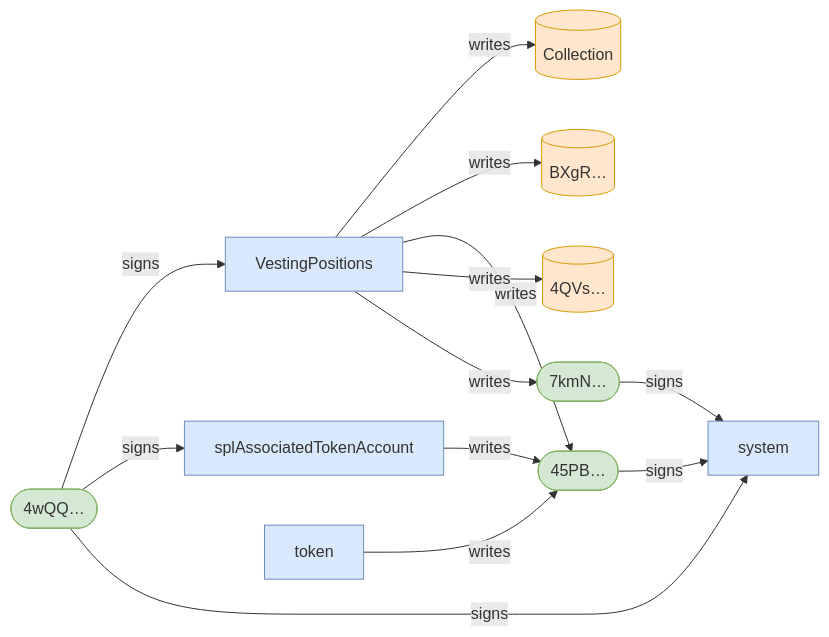
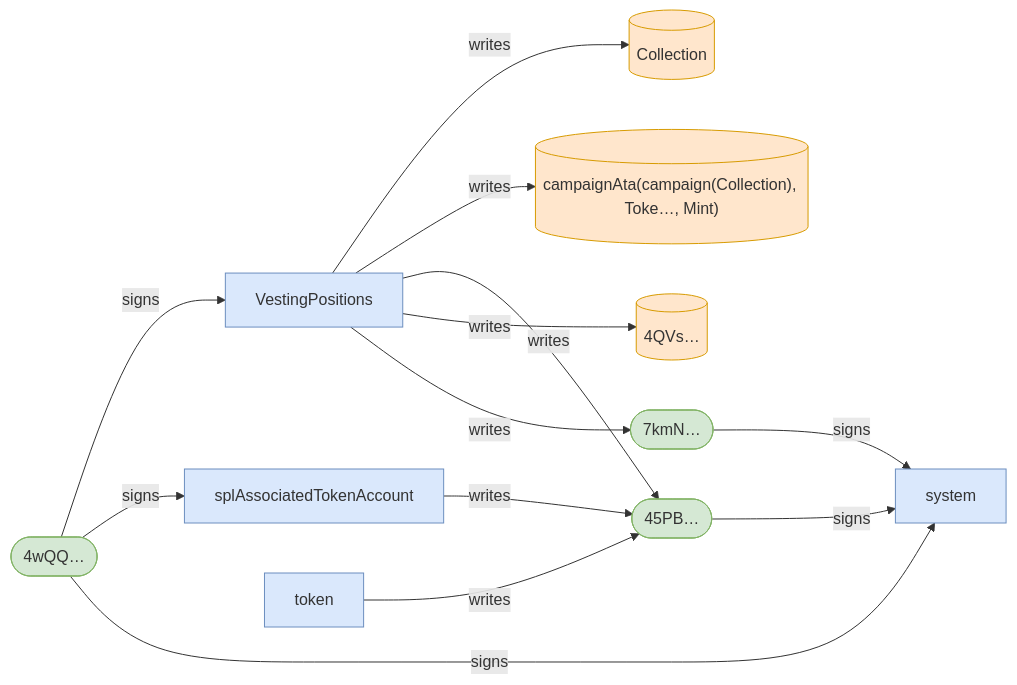
Before and after one commit to cds-turbin3/vesting-position: the fifth of 6 diagrams in babelfish-tests/test-report/scenario_10_claim_before_start_fails.md, drawn with Mermaid. The commit also changed other lines of this file and 51 other files, not shown here.

````diff
--- a/babelfish-tests/test-report/scenario_10_claim_before_start_fails.md
+++ b/babelfish-tests/test-report/scenario_10_claim_before_start_fails.md
@@ -250,28 +212,28 @@
 ```mermaid
 flowchart LR
     VestingPositions["VestingPositions"]:::program
     4wQQ(["4wQQ…"]):::signer
     Collection[("Collection")]:::state
-    BXgR[("BXgR…")]:::state
+    campaignAtacampaignCollectionTokeMint[("campaignAta(campaign(Collection), Toke…, Mint)")]:::state
     45PB(["45PB…"]):::signer
     4QVs[("4QVs…")]:::state
     7kmN(["7kmN…"]):::signer
     splAssociatedTokenAccount["splAssociatedTokenAccount"]:::program
     token["token"]:::program
     system["system"]:::program
     4wQQ -->|signs| VestingPositions
     VestingPositions -->|writes| Collection
-    VestingPositions -->|writes| BXgR
+    VestingPositions -->|writes| campaignAtacampaignCollectionTokeMint
     VestingPositions -->|writes| 45PB
     VestingPositions -->|writes| 4QVs
     VestingPositions -->|writes| 7kmN
     4wQQ -->|signs| splAssociatedTokenAccount
     splAssociatedTokenAccount -->|writes| 45PB
     4wQQ -->|signs| system
     45PB -->|signs| system
     token -->|writes| 45PB
     7kmN -->|signs| system
     classDef program fill:#dae8fc,stroke:#6c8ebf;
     classDef signer fill:#d5e8d4,stroke:#82b366;
     classDef state fill:#ffe6cc,stroke:#d79b00;
 ```
````
